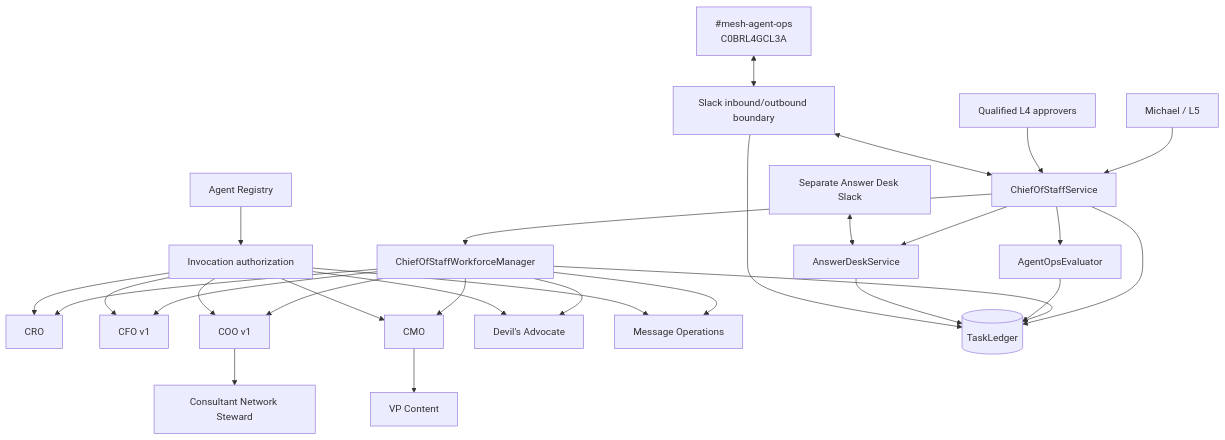
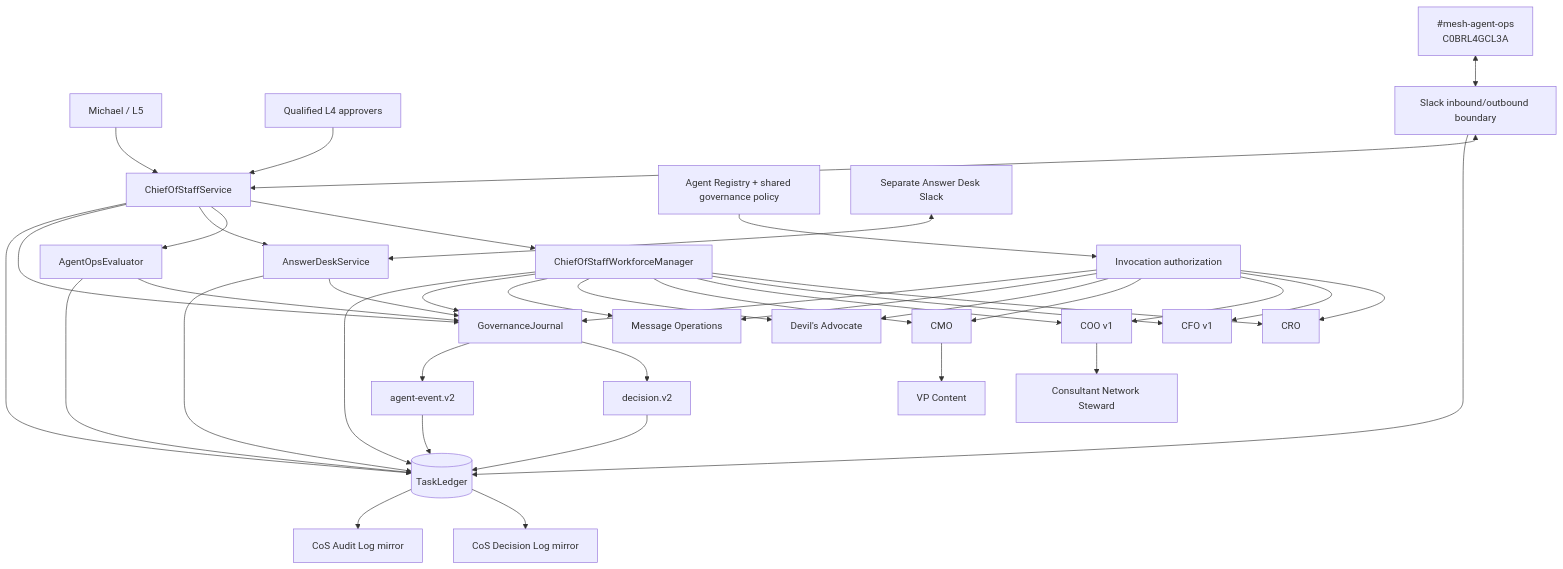
One commit to mkleinbe/mesh-ai-agent-cos-universe changed the first of 2 diagrams in docs/architecture.md. Above: the diagram before and after it, drawn with Mermaid. The commit also changed other lines of this file, not shown here.

Commit message:
docs: add governance journal and Sheet mirror architecture

````diff
--- a/docs/architecture.md
+++ b/docs/architecture.md
@@ -9,34 +9,46 @@
 ```mermaid
 flowchart TB
     CEO[Michael / L5] --> COS[ChiefOfStaffService]
     APPROVER[Qualified L4 approvers] --> COS
     COS --> WM[ChiefOfStaffWorkforceManager]
     COS --> AO[AgentOpsEvaluator]
     COS --> AD[AnswerDeskService]
     WM --> CRO[CRO]
     WM --> CFO[CFO v1]
     WM --> COO[COO v1]
     WM --> CMO[CMO]
     WM --> DA[Devil's Advocate]
     WM --> MO[Message Operations]
     COO --> CNS[Consultant Network Steward]
     CMO --> VPC[VP Content]
 
-    REG[Agent Registry] --> AUTH[Invocation authorization]
+    REG[Agent Registry + shared governance policy] --> AUTH[Invocation authorization]
     AUTH --> CRO
     AUTH --> CFO
     AUTH --> COO
     AUTH --> CMO
     AUTH --> DA
     AUTH --> MO
 
-    COS --> LEDGER[(TaskLedger)]
+    COS --> GOV[GovernanceJournal]
+    WM --> GOV
+    AO --> GOV
+    AD --> GOV
+    AUTH --> GOV
+    GOV --> DEC[decision.v2]
+    GOV --> EVT[agent-event.v2]
+    DEC --> LEDGER[(TaskLedger)]
+    EVT --> LEDGER
+    COS --> LEDGER
     WM --> LEDGER
     AO --> LEDGER
     AD --> LEDGER
+
+    LEDGER --> DLOG[CoS Decision Log mirror]
+    LEDGER --> ALOG[CoS Audit Log mirror]
 
     OPS[#mesh-agent-ops\nC0BRL4GCL3A] <--> SLACK[Slack inbound/outbound boundary]
     SLACK <--> COS
     SLACK --> LEDGER
     ADS[Separate Answer Desk Slack] <--> AD
 ```
````
